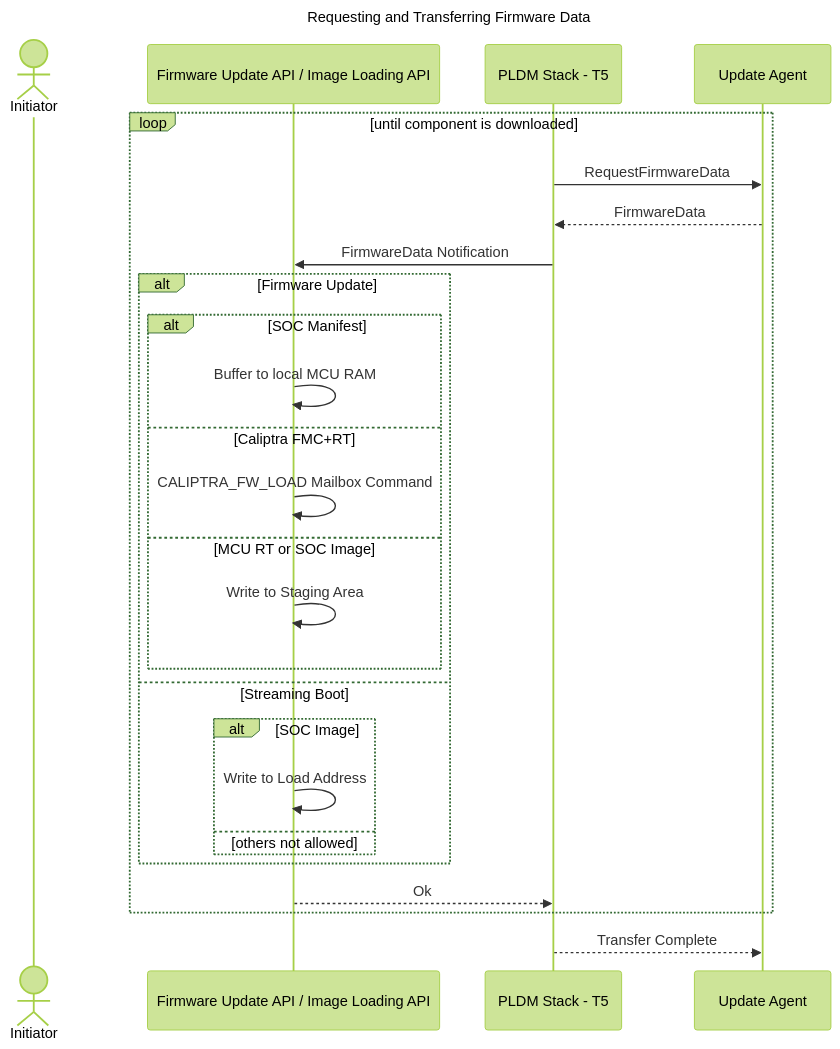
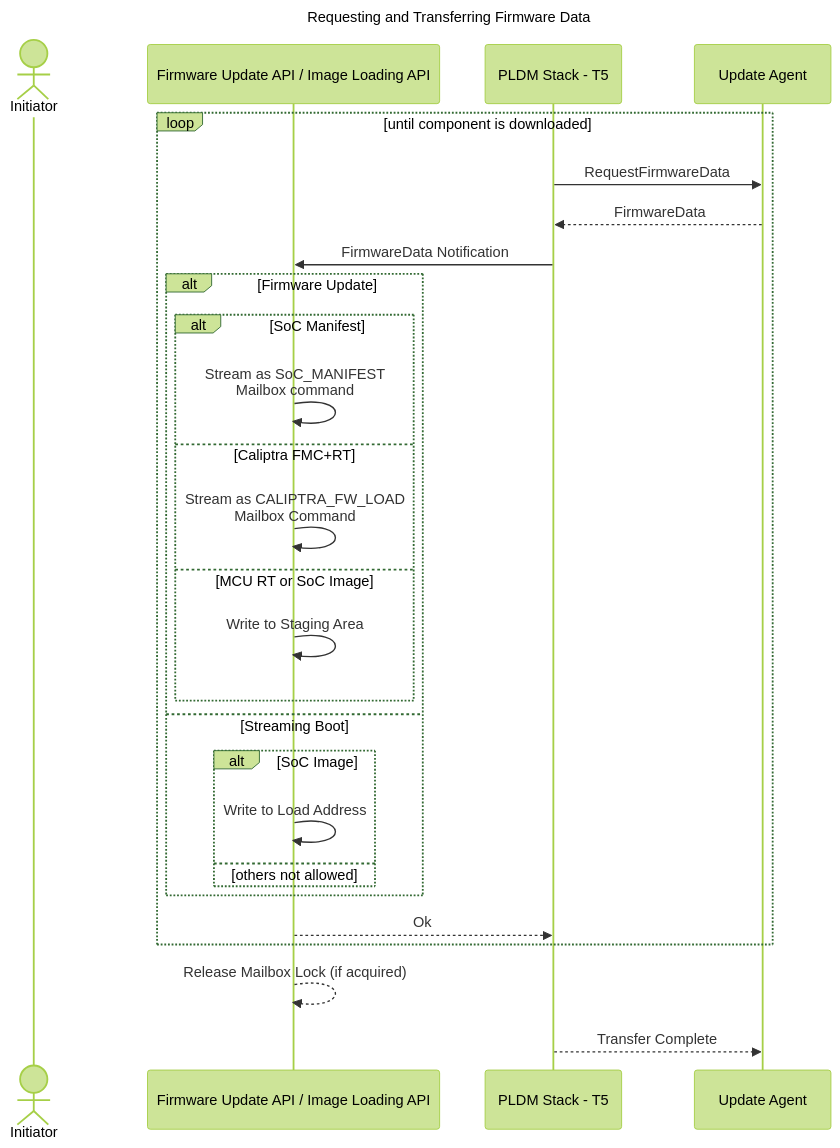
The sixth of 9 diagrams in docs/src/firmware_update_and_streaming_boot.md (chipsalliance/caliptra-mcu-sw), drawn with Mermaid (forest theme) before and after one commit. The commit also changed other lines of this file and 1 other file, not shown here.

````diff
--- a/docs/src/firmware_update_and_streaming_boot.md
+++ b/docs/src/firmware_update_and_streaming_boot.md
@@ -108,33 +125,35 @@
 ```mermaid
 sequenceDiagram
     title Requesting and Transferring Firmware Data
 
     actor App as Initiator
     participant API as Firmware Update API / Image Loading API
     participant Firmware as PLDM Stack - T5
     participant PLDM as Update Agent    
     
     loop until component is downloaded
         Firmware->>PLDM: RequestFirmwareData
         PLDM-->>Firmware: FirmwareData
         Firmware->>API: FirmwareData Notification
 
         alt Firmware Update
-            alt SOC Manifest
-                API->>API: Buffer to local MCU RAM
+            alt SoC Manifest
+                API->>API: Stream as SoC_MANIFEST<br/>Mailbox command
             else Caliptra FMC+RT
-                API->>API: CALIPTRA_FW_LOAD Mailbox Command
-            else MCU RT or SOC Image
+                API->>API: Stream as CALIPTRA_FW_LOAD<br/>Mailbox Command
+            else MCU RT or SoC Image
                 API->>API: Write to Staging Area
             end
         else Streaming Boot
-            alt SOC Image
+            alt SoC Image
                 API->>API: Write to Load Address
             else others not allowed
             end
         end
         API-->>Firmware: Ok
     end
 
+    API-->>API: Release Mailbox Lock (if acquired)
+
     Firmware-->>PLDM: Transfer Complete
 ```
````
